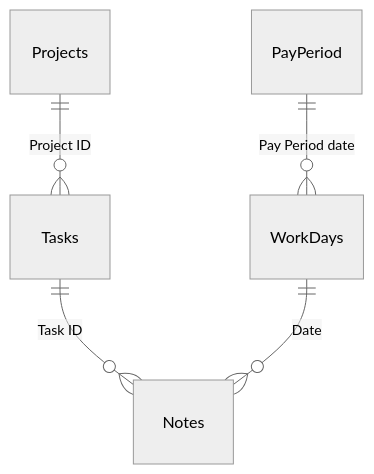
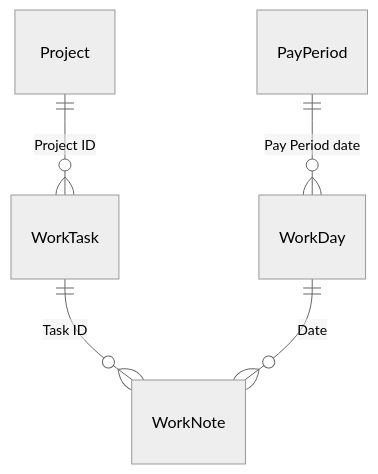
Before and after one commit to hsummerhays/DailyNotes: the diagram in docs/architecture.md, drawn with Mermaid (neutral theme). The commit also changed other lines of this file and 2 other files, not shown here.

Commit message:
docs: modernize documentation with .NET 10, React, Lexical, and diagram fixes

````diff
--- a/docs/architecture.md
+++ b/docs/architecture.md
@@ -25,7 +5,7 @@
 ```mermaid
 erDiagram
-    Projects ||--o{ Tasks : "Project ID"
-    Tasks ||--o{ Notes : "Task ID"
-    WorkDays ||--o{ Notes : "Date"
-    PayPeriod ||--o{ WorkDays : "Pay Period date"
+    Project ||--o{ WorkTask : "Project ID"
+    WorkTask ||--o{ WorkNote : "Task ID"
+    WorkDay ||--o{ WorkNote : "Date"
+    PayPeriod ||--o{ WorkDay : "Pay Period date"
 ```
````
